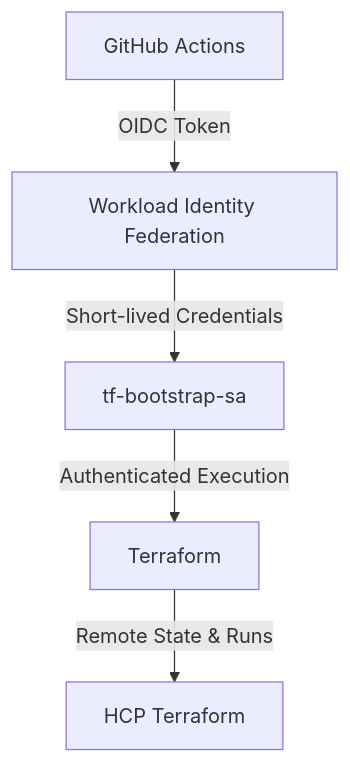
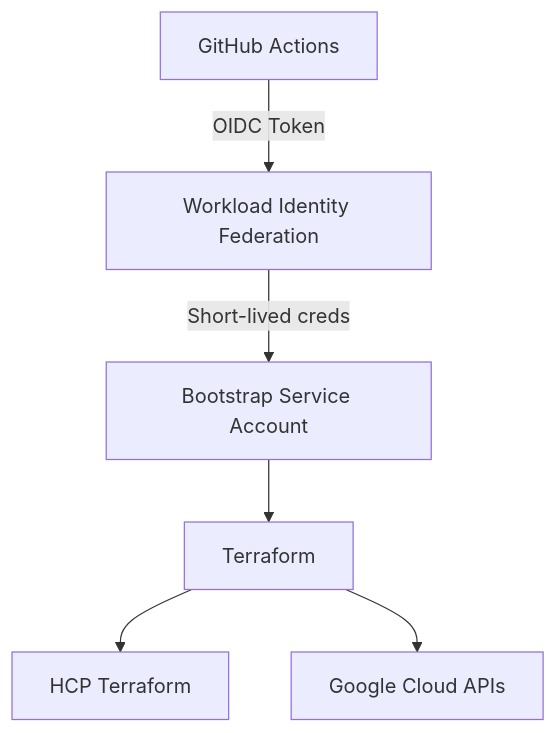
The diagram in README.md (subhamay-bhattacharyya/gcp-terraform-bootstrap), drawn with Mermaid before and after one commit. The commit also changed other lines of this file and 10 other files, not shown here.

````diff
--- a/README.md
+++ b/README.md
@@ -281,7 +302,8 @@
 ```mermaid
 flowchart TD
-    GH[GitHub Actions] -->|OIDC Token| WIF[Workload Identity Federation]
-    WIF -->|Short-lived Credentials| SA[tf-bootstrap-sa]
-    SA -->|Authenticated Execution| TF[Terraform]
-    TF -->|Remote State & Runs| HCP[HCP Terraform]
+  GH[GitHub Actions] -->|OIDC Token| WIF[Workload Identity Federation]
+  WIF -->|Short-lived creds| SA[Bootstrap Service Account]
+  SA --> TF[Terraform]
+  TF --> HCP[HCP Terraform]
+  TF --> GCP[Google Cloud APIs]
 ```
````
